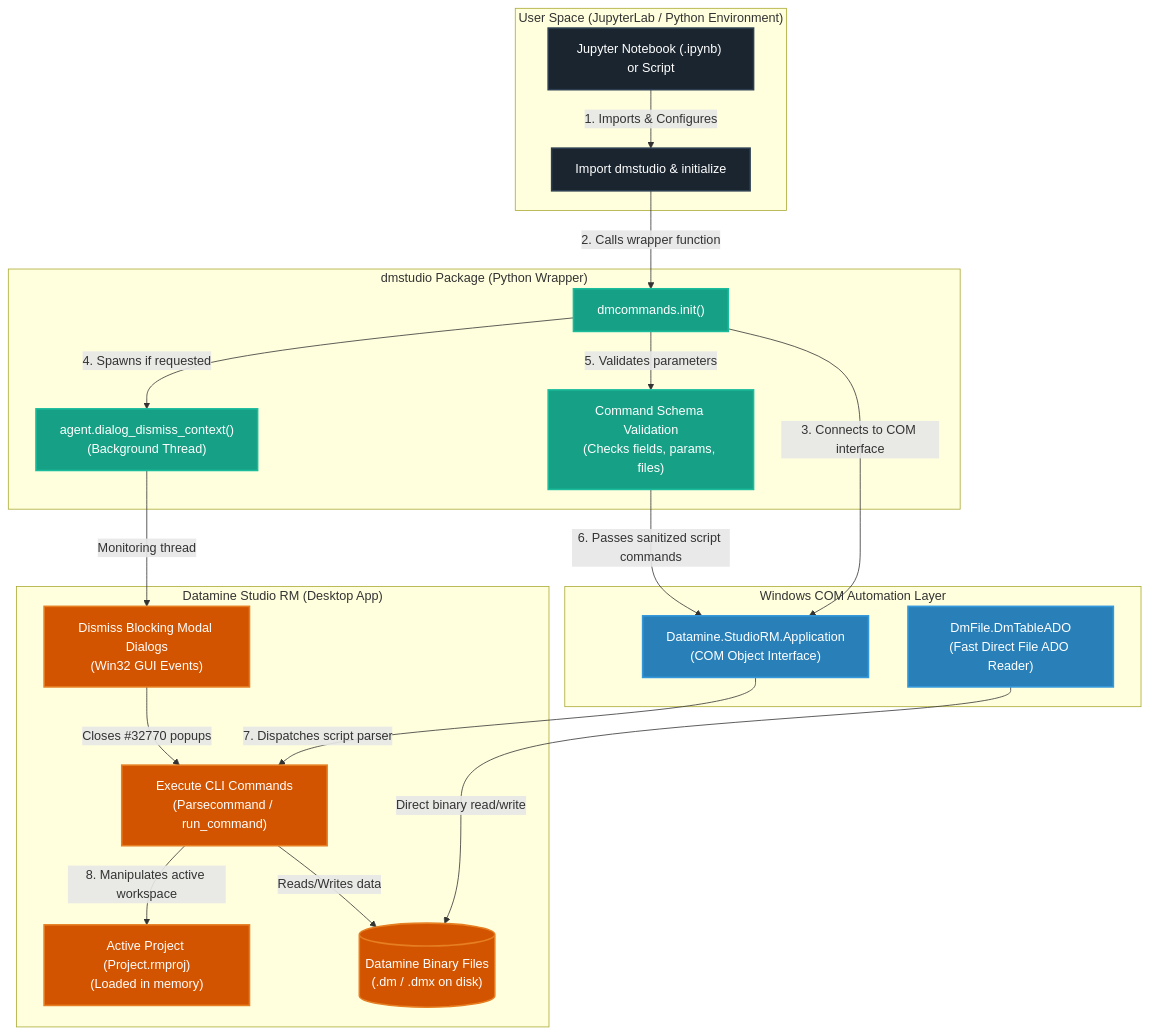
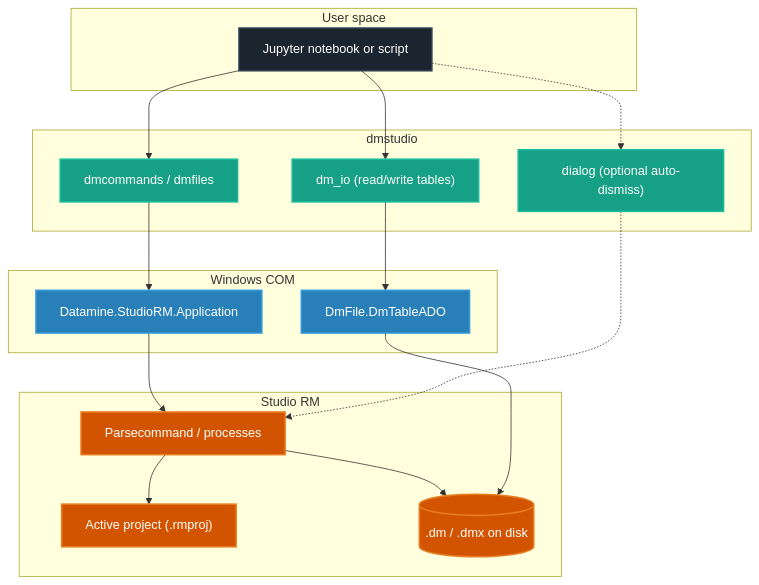
One commit to nazabrory/dmstudio-rm changed the diagram in README.md. Above: the diagram before and after it, drawn with Mermaid. The commit also changed other lines of this file and 3 other files, not shown here.

First line of the commit message:
docs: align README, AGENTS, CHANGELOG, CONTEXT with package layout

````diff
--- a/README.md
+++ b/README.md
@@ -22,45 +23,39 @@
 ```mermaid
 flowchart TD
-    %% Styling and colors
     classDef user fill:#1a252f,stroke:#2c3e50,stroke-width:2px,color:#ffffff;
     classDef dm fill:#16a085,stroke:#1abc9c,stroke-width:2px,color:#ffffff;
     classDef com fill:#2980b9,stroke:#3498db,stroke-width:2px,color:#ffffff;
     classDef rm fill:#d35400,stroke:#e67e22,stroke-width:2px,color:#ffffff;
 
-    subgraph UserSpace ["User Space (JupyterLab / Python Environment)"]
-        A["Jupyter Notebook (.ipynb) or Script"]:::user
-        B["Import dmstudio & initialize"]:::user
+    subgraph UserSpace ["User space"]
+        A["Jupyter notebook or script"]:::user
     end
 
-    subgraph DmStudio ["dmstudio Package (Python Wrapper)"]
-        C["dmcommands.init()"]:::dm
-        D["Command Schema Validation<br/>(Checks fields, params, files)"]:::dm
-        E["agent.dialog_dismiss_context()<br/>(Background Thread)"]:::dm
+    subgraph DmStudio ["dmstudio"]
+        B["dmcommands / dmfiles"]:::dm
+        C["dm_io (read/write tables)"]:::dm
+        D["dialog (optional auto-dismiss)"]:::dm
     end
 
-    subgraph COMLayer ["Windows COM Automation Layer"]
-        F["Datamine.StudioRM.Application<br/>(COM Object Interface)"]:::com
-        G["DmFile.DmTableADO<br/>(Fast Direct File ADO Reader)"]:::com
+    subgraph COMLayer ["Windows COM"]
+        E["Datamine.StudioRM.Application"]:::com
+        F["DmFile.DmTableADO"]:::com
     end
 
-    subgraph StudioRM ["Datamine Studio RM (Desktop App)"]
-        H["Active Project (Project.rmproj)<br/>(Loaded in memory)"]:::rm
-        I["Execute CLI Commands<br/>(Parsecommand / run_command)"]:::rm
-        J["Dismiss Blocking Modal Dialogs<br/>(Win32 GUI Events)"]:::rm
-        K[("Datamine Binary Files<br/>(.dm / .dmx on disk)")]:::rm
+    subgraph StudioRM ["Studio RM"]
+        G["Active project (.rmproj)"]:::rm
+        H["Parsecommand / processes"]:::rm
+        I[(".dm / .dmx on disk")]:::rm
     end
 
-    %% Relationships
-    A -->|1. Imports & Configures| B
-    B -->|2. Calls wrapper function| C
-    C -->|3. Connects to COM interface| F
-    C -->|4. Spawns if requested| E
-    C -->|5. Validates parameters| D
-    D -->|6. Passes sanitized script commands| F
-    F -->|7. Dispatches script parser| I
-    I -->|8. Manipulates active workspace| H
-    E -->|Monitoring thread| J
-    J -->|Closes #32770 popups| I
-    G -->|Direct binary read/write| K
-    I -->|Reads/Writes data| K
+    A --> B
+    B --> E
+    E --> H
+    H --> G
+    H --> I
+    A --> C
+    C --> F
+    F --> I
+    A -.-> D
+    D -.-> H
 ```
````
